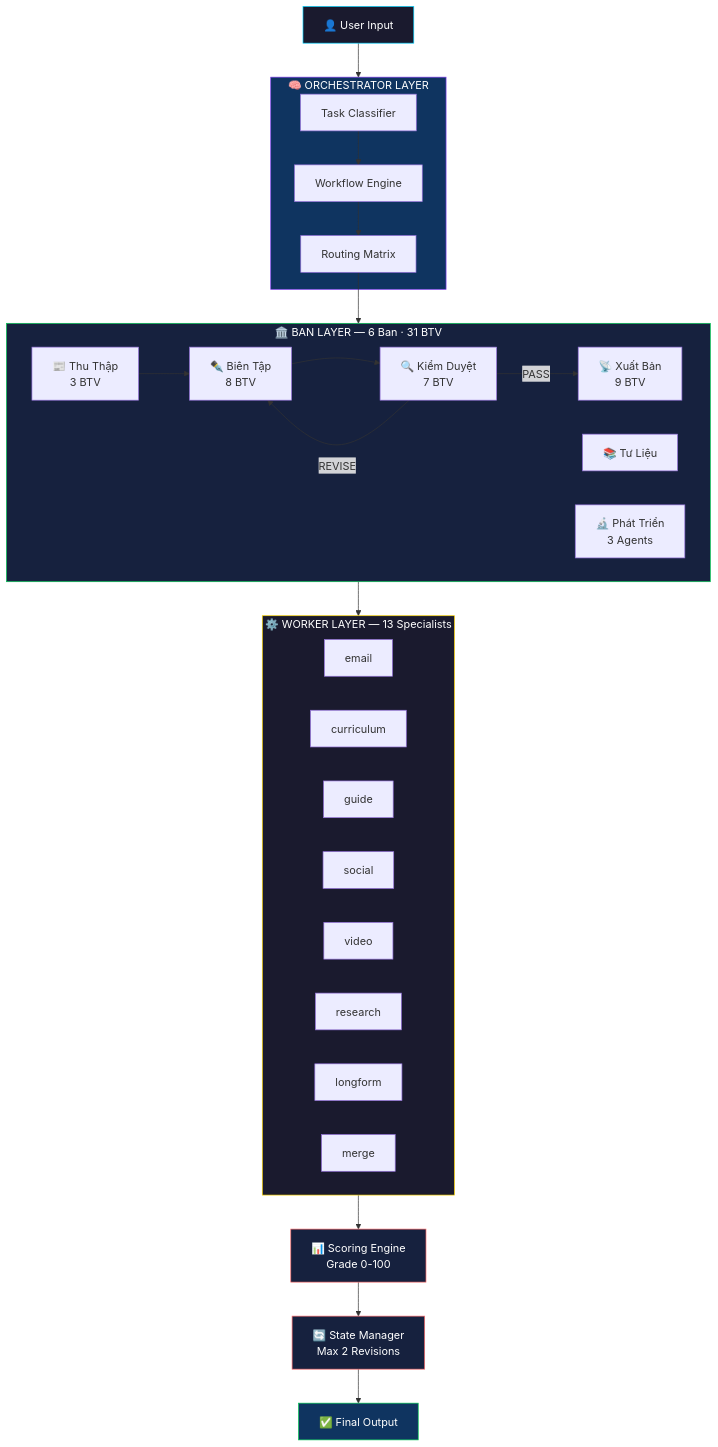
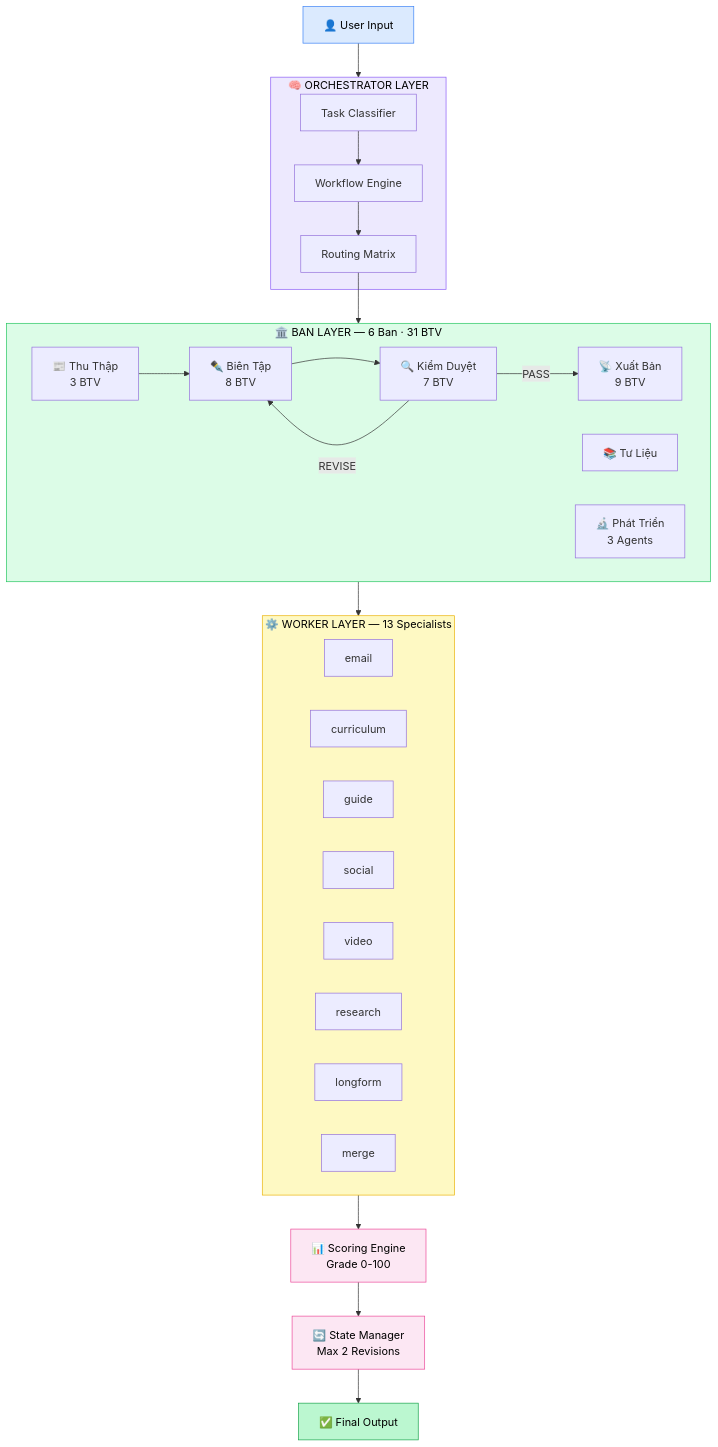
One commit to xaotiensinh-abm/viet-chuyen-nghiep changed the second of 7 diagrams in README.md. Above: the diagram before and after it, drawn with Mermaid. The commit also changed other lines of this file, not shown here.

Commit message:
🎨 Fix Mermaid colors — light palette for GitHub dark/light theme compatibility

````diff
--- a/README.md
+++ b/README.md
@@ -91,51 +93,51 @@
 ```mermaid
 graph TB
     USER["👤 User Input"] --> ORC
 
     subgraph ORC["🧠 ORCHESTRATOR LAYER"]
         TC["Task Classifier"] --> WE["Workflow Engine"]
         WE --> RM["Routing Matrix"]
     end
 
     RM --> BAN
 
     subgraph BAN["🏛️ BAN LAYER — 6 Ban · 31 BTV"]
         direction LR
-        B1["📰 Thu Thập\n3 BTV"]
-        B2["✒️ Biên Tập\n8 BTV"]
-        B3["🔍 Kiểm Duyệt\n7 BTV"]
-        B4["📡 Xuất Bản\n9 BTV"]
+        B1["📰 Thu Thập<br/>3 BTV"]
+        B2["✒️ Biên Tập<br/>8 BTV"]
+        B3["🔍 Kiểm Duyệt<br/>7 BTV"]
+        B4["📡 Xuất Bản<br/>9 BTV"]
         B5["📚 Tư Liệu"]
-        B6["🔬 Phát Triển\n3 Agents"]
+        B6["🔬 Phát Triển<br/>3 Agents"]
     end
 
     B1 --> B2 --> B3
-    B3 -->|"PASS"| B4
-    B3 -->|"REVISE"| B2
+    B3 -->|PASS| B4
+    B3 -->|REVISE| B2
 
     BAN --> WKR
 
     subgraph WKR["⚙️ WORKER LAYER — 13 Specialists"]
         direction LR
         W1["email"]
         W2["curriculum"]
         W3["guide"]
         W4["social"]
         W5["video"]
         W6["research"]
         W7["longform"]
         W8["merge"]
     end
 
-    WKR --> SE["📊 Scoring Engine\nGrade 0-100"]
-    SE --> SM["🔄 State Manager\nMax 2 Revisions"]
+    WKR --> SE["📊 Scoring Engine<br/>Grade 0-100"]
+    SE --> SM["🔄 State Manager<br/>Max 2 Revisions"]
     SM --> OUTPUT["✅ Final Output"]
 
-    style USER fill:#1a1a2e,stroke:#00d2ff,color:#fff
-    style ORC fill:#0f3460,stroke:#7C3AED,color:#fff
-    style BAN fill:#16213e,stroke:#00C853,color:#fff
-    style WKR fill:#1a1a2e,stroke:#FFD700,color:#fff
-    style OUTPUT fill:#0f3460,stroke:#00C853,color:#fff
-    style SE fill:#16213e,stroke:#FF6B6B,color:#fff
-    style SM fill:#16213e,stroke:#FF6B6B,color:#fff
+    style USER fill:#dbeafe,stroke:#3b82f6,color:#000
+    style ORC fill:#ede9fe,stroke:#8b5cf6,color:#000
+    style BAN fill:#dcfce7,stroke:#22c55e,color:#000
+    style WKR fill:#fef9c3,stroke:#eab308,color:#000
+    style OUTPUT fill:#bbf7d0,stroke:#16a34a,color:#000
+    style SE fill:#fce7f3,stroke:#ec4899,color:#000
+    style SM fill:#fce7f3,stroke:#ec4899,color:#000
 ```
````
